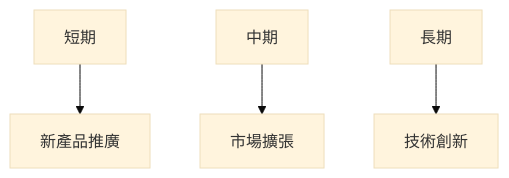
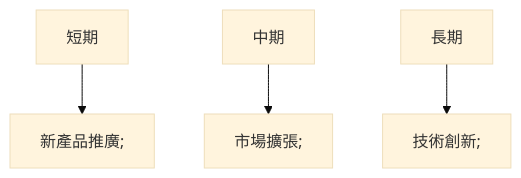
One commit to yennanliu/finance_data changed the tenth of 11 diagrams in ai_gen_report/stock/pl/fundamental_analysis_2026-03-27_openai.md. Above: the diagram before and after it, drawn with Mermaid (base theme). The commit also changed other lines of this file and 2258 other files, not shown here.

First line of the commit message:
chore: backfill Mermaid syntax repair across existing reports

````diff
--- a/ai_gen_report/stock/pl/fundamental_analysis_2026-03-27_openai.md
+++ b/ai_gen_report/stock/pl/fundamental_analysis_2026-03-27_openai.md
@@ -308,6 +308,6 @@
 ```mermaid
 graph TD;
-    短期-->新產品推廣;
-    中期-->市場擴張;
-    長期-->技術創新;
+    短期 --> nb1["新產品推廣;"]
+    中期 --> nb2["市場擴張;"]
+    長期 --> nb3["技術創新;"]
 ```
````
